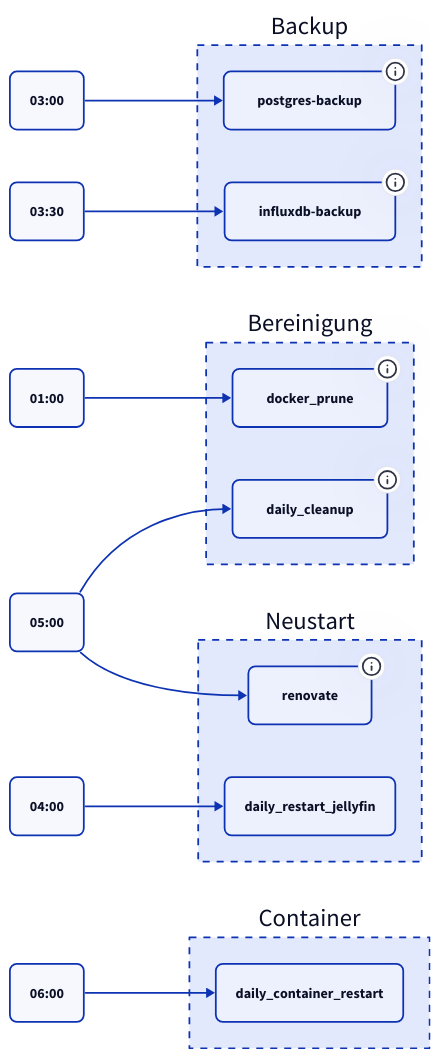
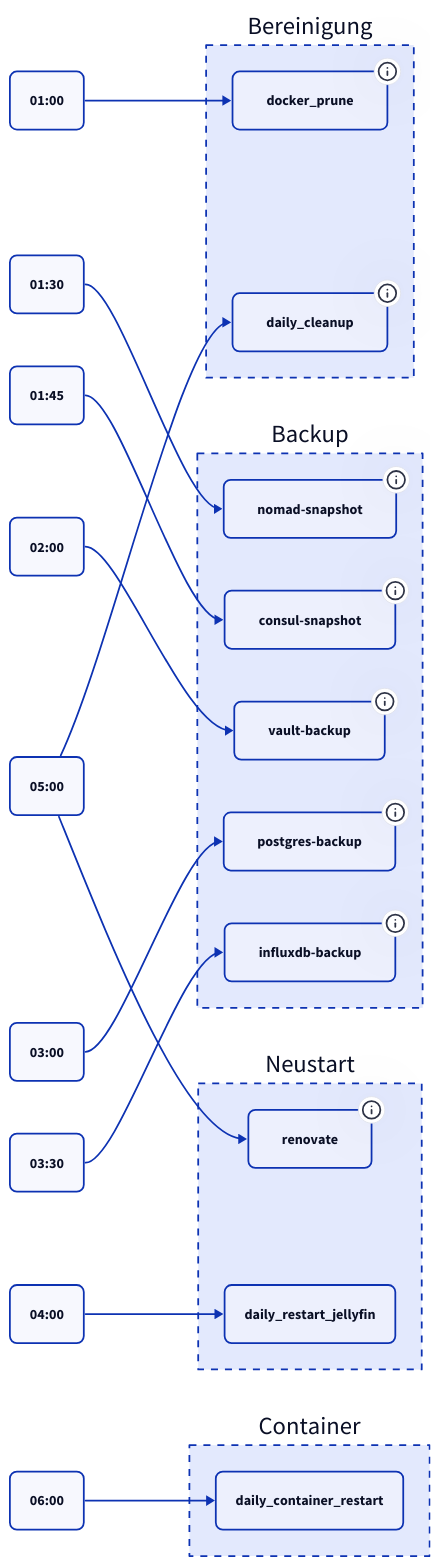
One commit to derever-labs/homelab-wiki changed the diagram in docs/_querschnitt/batch-jobs.md. Above: the diagram before and after it, drawn with D2. The commit also changed other lines of this file and 72 other files, not shown here.

````diff
--- a/docs/_querschnitt/batch-jobs.md
+++ b/docs/_querschnitt/batch-jobs.md
@@ -17,41 +17,51 @@
 ```d2
 direction: right
 
 t01: 01:00 { style.border-radius: 8 }
 t03: 03:00 { style.border-radius: 8 }
 t0330: 03:30 { style.border-radius: 8 }
 t04: 04:00 { style.border-radius: 8 }
 t05: 05:00 { style.border-radius: 8 }
 t06: 06:00 { style.border-radius: 8 }
 
 Bereinigung: Bereinigung {
   style.stroke-dash: 4
   dp: docker_prune { style.border-radius: 8; tooltip: "Docker System Prune -a --volumes" }
   dc: daily_cleanup { style.border-radius: 8; tooltip: "APT, Journal, Caches, /tmp" }
 }
 
 Backup: Backup {
   style.stroke-dash: 4
+  ns: nomad-snapshot { style.border-radius: 8; tooltip: "Nomad Raft Snapshot → NFS GFS" }
+  cs: consul-snapshot { style.border-radius: 8; tooltip: "Consul Raft Snapshot → NFS GFS" }
+  vb: vault-backup { style.border-radius: 8; tooltip: "Vault Raft Snapshot → NFS GFS" }
   pb: postgres-backup { style.border-radius: 8; tooltip: "pg_dumpall → NFS GFS 7d/4w/3m" }
   ib: influxdb-backup { style.border-radius: 8; tooltip: "influx backup → NFS GFS" }
 }
 
 Neustart: Neustart {
   style.stroke-dash: 4
   rj: daily_restart_jellyfin { style.border-radius: 8 }
   rv: renovate { style.border-radius: 8; tooltip: "Docker Image Updates via GitHub PRs" }
 }
 
 Container: Container {
   style.stroke-dash: 4
   cr: daily_container_restart { style.border-radius: 8 }
 }
 
+t0130: 01:30 { style.border-radius: 8 }
+t0145: 01:45 { style.border-radius: 8 }
+t02: 02:00 { style.border-radius: 8 }
+
 t01 -> Bereinigung.dp
+t0130 -> Backup.ns
+t0145 -> Backup.cs
+t02 -> Backup.vb
 t03 -> Backup.pb
 t0330 -> Backup.ib
 t04 -> Neustart.rj
 t05 -> Neustart.rv
 t05 -> Bereinigung.dc
 t06 -> Container.cr
 ```
````
